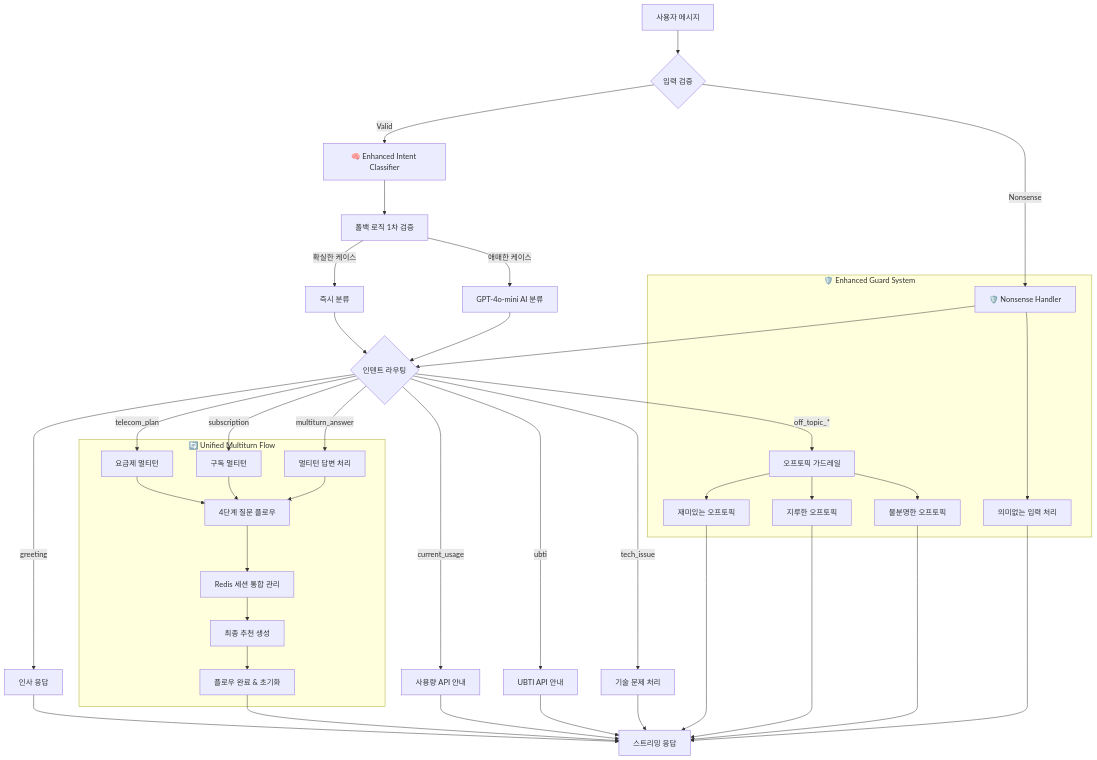
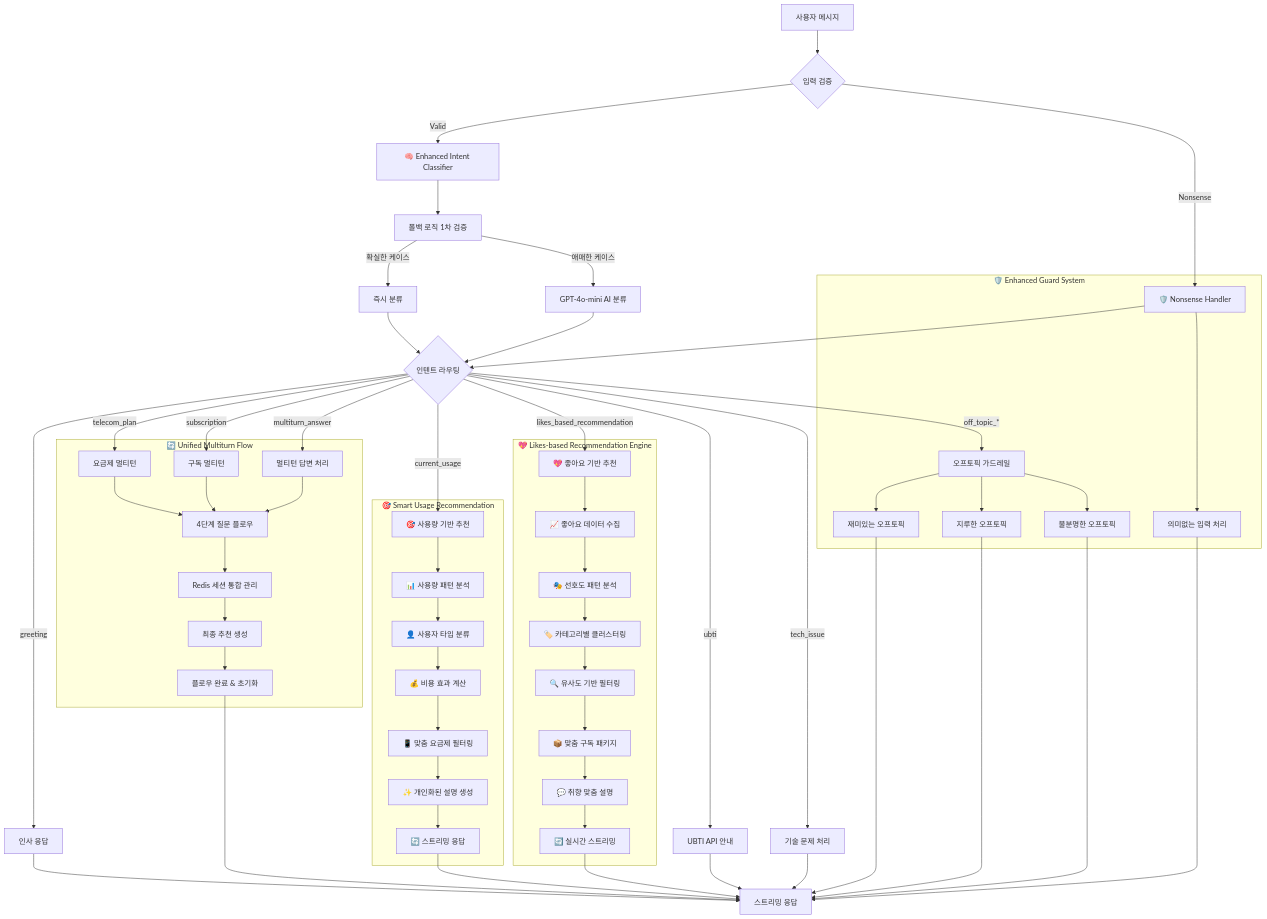
One commit to Ureca-Middle-Project-Team4/4EVER0-AI changed the first of 5 diagrams in README.md. Above: the diagram before and after it, drawn with Mermaid. The commit also changed other lines of this file, not shown here.

````diff
--- a/README.md
+++ b/README.md
@@ -143,49 +140,70 @@
 ```mermaid
 graph TD
     A[사용자 메시지] --> B{입력 검증}
     B -->|Valid| C[🧠 Enhanced Intent Classifier]
     B -->|Nonsense| H[🛡️ Nonsense Handler]
     
     C --> D[폴백 로직 1차 검증]
     D -->|확실한 케이스| E[즉시 분류]
     D -->|애매한 케이스| F[GPT-4o-mini AI 분류]
     
     E --> G{인텐트 라우팅}
     F --> G
     H --> G
     
     G -->|greeting| I[인사 응답]
     G -->|telecom_plan| J[요금제 멀티턴]
     G -->|subscription| K[구독 멀티턴]
     G -->|multiturn_answer| L[멀티턴 답변 처리]
     G -->|off_topic_*| M[오프토픽 가드레일]
-    G -->|current_usage| N[사용량 API 안내]
-    G -->|ubti| O[UBTI API 안내]
-    G -->|tech_issue| P[기술 문제 처리]
+    G -->|current_usage| N[🎯 사용량 기반 추천]
+    G -->|likes_based_recommendation| O[💖 좋아요 기반 추천]
+    G -->|ubti| P[UBTI API 안내]
+    G -->|tech_issue| Q[기술 문제 처리]
     
     subgraph "🔄 Unified Multiturn Flow"
-        J --> Q[4단계 질문 플로우]
-        K --> Q
-        L --> Q
-        Q --> R[Redis 세션 통합 관리]
-        R --> S[최종 추천 생성]
-        S --> T[플로우 완료 & 초기화]
+        J --> R[4단계 질문 플로우]
+        K --> R
+        L --> R
+        R --> S[Redis 세션 통합 관리]
+        S --> T[최종 추천 생성]
+        T --> U[플로우 완료 & 초기화]
+    end
+    
+    subgraph "🎯 Smart Usage Recommendation"
+        N --> V[📊 사용량 패턴 분석]
+        V --> W[👤 사용자 타입 분류]
+        W --> X[💰 비용 효과 계산]
+        X --> Y[📱 맞춤 요금제 필터링]
+        Y --> Z[✨ 개인화된 설명 생성]
+        Z --> AA[🔄 스트리밍 응답]
+    end
+    
+    subgraph "💖 Likes-based Recommendation Engine"
+        O --> AB[📈 좋아요 데이터 수집]
+        AB --> AC[🎭 선호도 패턴 분석]
+        AC --> AD[🏷️ 카테고리별 클러스터링]
+        AD --> AE[🔍 유사도 기반 필터링]
+        AE --> AF[📦 맞춤 구독 패키지]
+        AF --> AG[💬 취향 맞춤 설명]
+        AG --> AH[🔄 실시간 스트리밍]
     end
     
     subgraph "🛡️ Enhanced Guard System"
-        M --> U[재미있는 오프토픽]
-        M --> V[지루한 오프토픽]
-        M --> W[불분명한 오프토픽]
-        H --> X[의미없는 입력 처리]
+        M --> AI[재미있는 오프토픽]
+        M --> AJ[지루한 오프토픽]
+        M --> AK[불분명한 오프토픽]
+        H --> AL[의미없는 입력 처리]
     end
     
-    I --> Y[스트리밍 응답]
-    U --> Y
-    V --> Y
-    W --> Y
-    X --> Y
-    N --> Y
-    O --> Y
-    P --> Y
-    T --> Y
+    I --> AM[스트리밍 응답]
+    AI --> AM
+    AJ --> AM
+    AK --> AM
+    AL --> AM
+    P --> AM
+    Q --> AM
+    U --> AM
+    AA --> AM
+    AH --> AM
 ```
````
